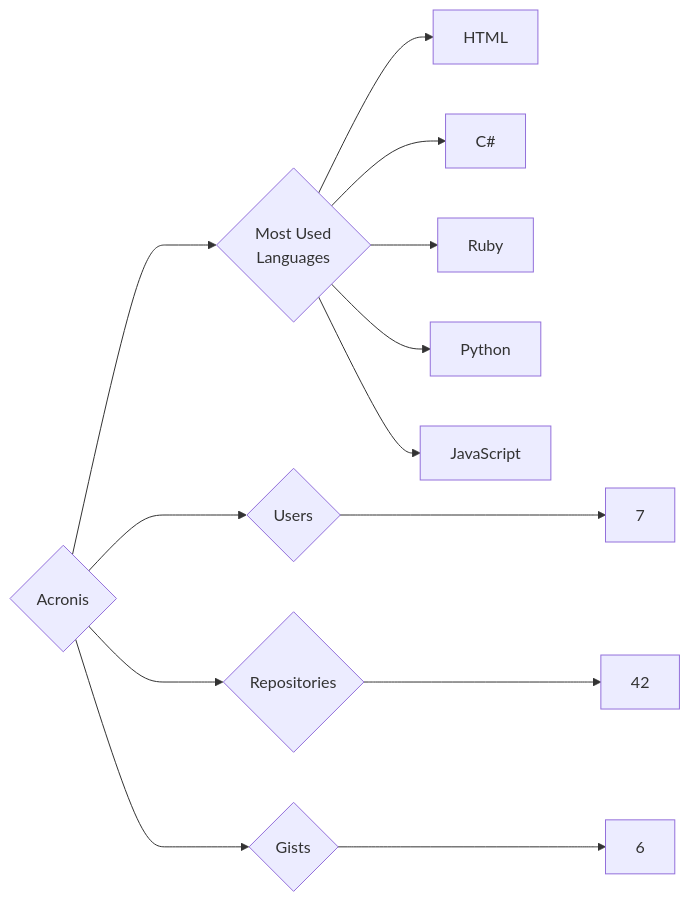
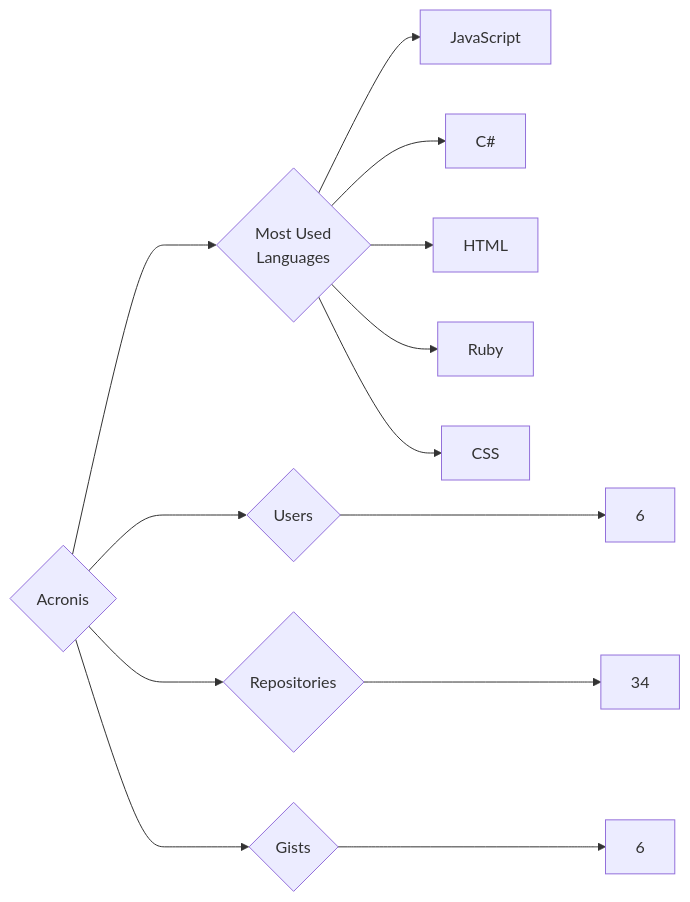
One commit to trickest/insiders changed the diagram in targets/Acronis/README.md. Above: the diagram before and after it, drawn with Mermaid. The commit also changed 1238 other files, not shown here.

````diff
--- a/targets/Acronis/README.md
+++ b/targets/Acronis/README.md
@@ -3,13 +3,13 @@
 ```mermaid
 graph LR
 COMPANY_NAME{Acronis}
-COMPANY_NAME ---> U{Users} ---> UN[7]
-COMPANY_NAME ---> R{Repositories} ---> RN[42]
+COMPANY_NAME ---> U{Users} ---> UN[6]
+COMPANY_NAME ---> R{Repositories} ---> RN[34]
 COMPANY_NAME ---> G{Gists} ---> GN[6]
 COMPANY_NAME ---> ML{Most Used<br>Languages}
+ML --> JavaScript[JavaScript]
+ML --> C#[C#]
 ML --> HTML[HTML]
-ML --> C#[C#]
 ML --> Ruby[Ruby]
-ML --> Python[Python]
-ML --> JavaScript[JavaScript]
+ML --> CSS[CSS]
 ```
````
